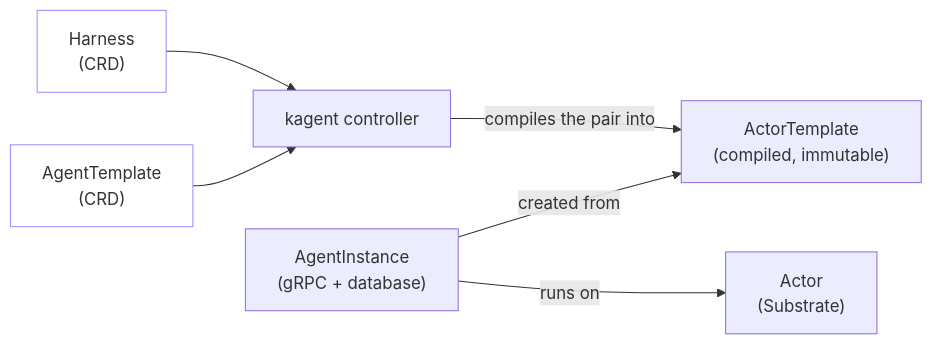
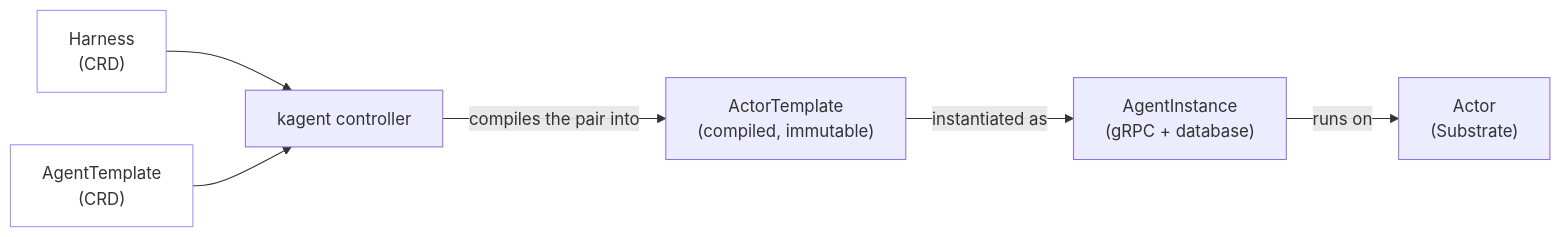
The diagram in docs-site/content/kagent/1.x/about/core-concepts.md (Rachael-Graham/website-1.0), drawn with Mermaid before and after one commit. The commit also changed other lines of this file and 1 other file, not shown here.

````diff
--- a/docs-site/content/kagent/1.x/about/core-concepts.md
+++ b/docs-site/content/kagent/1.x/about/core-concepts.md
@@ -19,18 +19,18 @@
 ```mermaid
 flowchart LR
     harness["Harness<br>(CRD)"]
     template["AgentTemplate<br>(CRD)"]
     controller["kagent controller"]
     actortemplate["ActorTemplate<br>(compiled, immutable)"]
     instance["AgentInstance<br>(gRPC + database)"]
     actor["Actor<br>(Substrate)"]
 
     harness --> controller
     template --> controller
     controller -->|compiles the pair into| actortemplate
-    instance -->|created from| actortemplate
+    actortemplate -->|instantiated as| instance
     instance -->|runs on| actor
 
     classDef crd stroke:#a78bfa,fill:transparent
     class harness,template crd
 ```
````
